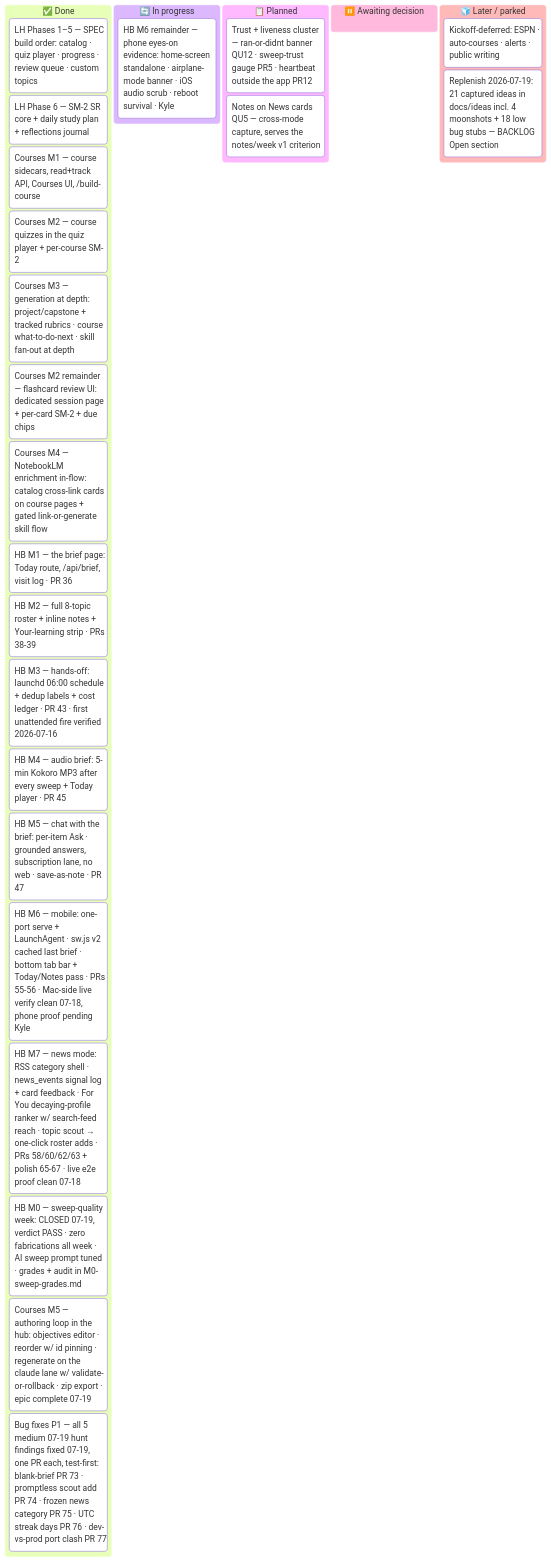
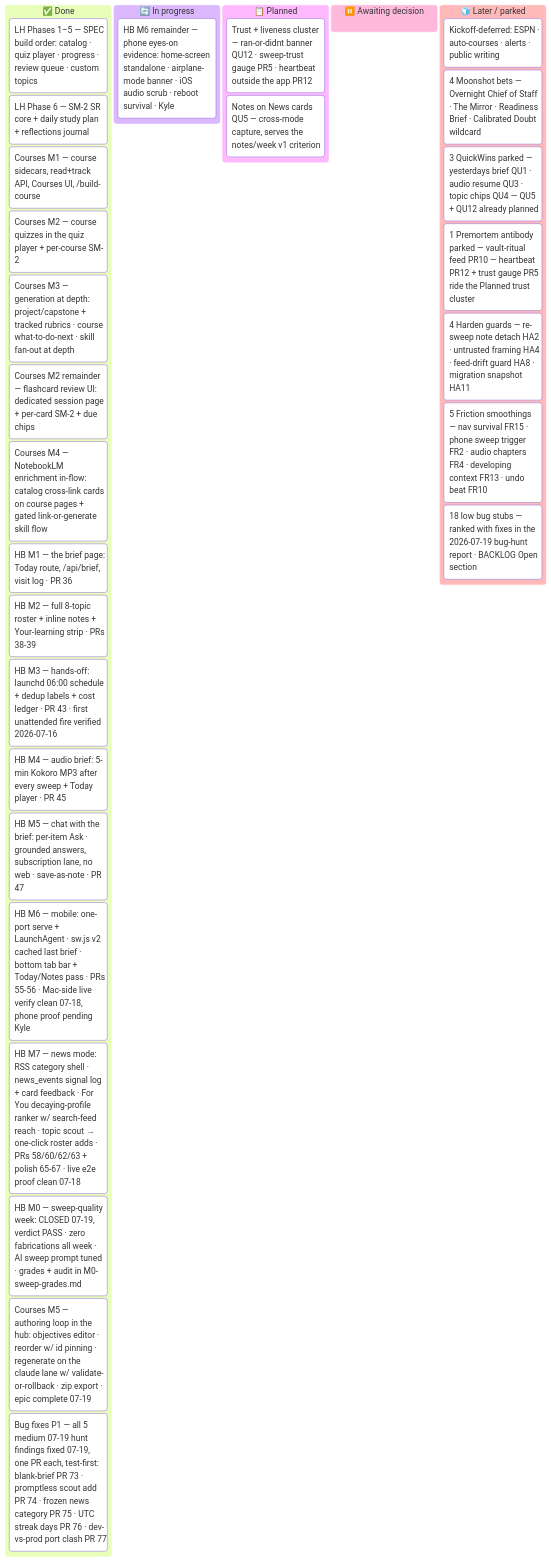
Before and after one commit to ksdisch/home-base: the diagram in docs/MASTER_PLAN.md, drawn with Mermaid. The commit also changed other lines of this file, not shown here.

Commit message:
docs(master-plan): expand Later column into per-lane replenish rollup cards
Board polish only — one combined rollup card becomes six per-lane cards
(Moonshot/QuickWin/Premortem/Harden/Friction/bug-lows) so the kanban shows
the replenished pipeline depth. BACKLOG.md ## Open stays the item record.

Claude-Session: https://claude.ai/code/session_01MpbaZYG41Tsf1YHMp7xBXc

````diff
--- a/docs/MASTER_PLAN.md
+++ b/docs/MASTER_PLAN.md
@@ -42,30 +42,35 @@
 ```mermaid
 kanban
   done["✅ Done"]
     lh15["LH Phases 1–5 — SPEC build order: catalog · quiz player · progress · review queue · custom topics"]
     lh6["LH Phase 6 — SM-2 SR core + daily study plan + reflections journal"]
     lh7["Courses M1 — course sidecars, read+track API, Courses UI, /build-course"]
     lh7m2["Courses M2 — course quizzes in the quiz player + per-course SM-2"]
     lh7m3["Courses M3 — generation at depth: project/capstone + tracked rubrics · course what-to-do-next · skill fan-out at depth"]
     lh7fc["Courses M2 remainder — flashcard review UI: dedicated session page + per-card SM-2 + due chips"]
     lh7m4["Courses M4 — NotebookLM enrichment in-flow: catalog cross-link cards on course pages + gated link-or-generate skill flow"]
     hbm1["HB M1 — the brief page: Today route, /api/brief, visit log · PR 36"]
     hbm2["HB M2 — full 8-topic roster + inline notes + Your-learning strip · PRs 38-39"]
     hbm3["HB M3 — hands-off: launchd 06:00 schedule + dedup labels + cost ledger · PR 43 · first unattended fire verified 2026-07-16"]
     hbm4["HB M4 — audio brief: 5-min Kokoro MP3 after every sweep + Today player · PR 45"]
     hbm5["HB M5 — chat with the brief: per-item Ask · grounded answers, subscription lane, no web · save-as-note · PR 47"]
     hbm6["HB M6 — mobile: one-port serve + LaunchAgent · sw.js v2 cached last brief · bottom tab bar + Today/Notes pass · PRs 55-56 · Mac-side live verify clean 07-18, phone proof pending Kyle"]
     hbm7["HB M7 — news mode: RSS category shell · news_events signal log + card feedback · For You decaying-profile ranker w/ search-feed reach · topic scout → one-click roster adds · PRs 58/60/62/63 + polish 65-67 · live e2e proof clean 07-18"]
     hbm0["HB M0 — sweep-quality week: CLOSED 07-19, verdict PASS · zero fabrications all week · AI sweep prompt tuned · grades + audit in M0-sweep-grades.md"]
     cm5["Courses M5 — authoring loop in the hub: objectives editor · reorder w/ id pinning · regenerate on the claude lane w/ validate-or-rollback · zip export · epic complete 07-19"]
     bugp1["Bug fixes P1 — all 5 medium 07-19 hunt findings fixed 07-19, one PR each, test-first: blank-brief PR 73 · promptless scout add PR 74 · frozen news category PR 75 · UTC streak days PR 76 · dev-vs-prod port clash PR 77"]
   doing["🔄 In progress"]
     hbm6proof["HB M6 remainder — phone eyes-on evidence: home-screen standalone · airplane-mode banner · iOS audio scrub · reboot survival · Kyle"]
   next["📋 Planned"]
     trust["Trust + liveness cluster — ran-or-didnt banner QU12 · sweep-trust gauge PR5 · heartbeat outside the app PR12"]
     qnotes["Notes on News cards QU5 — cross-mode capture, serves the notes/week v1 criterion"]
   decide["⏸️ Awaiting decision"]
   later["🧊 Later / parked"]
     defer["Kickoff-deferred: ESPN · auto-courses · alerts · public writing"]
-    replen["Replenish 2026-07-19: 21 captured ideas in docs/ideas incl. 4 moonshots + 18 low bug stubs — BACKLOG Open section"]
+    moonshots["4 Moonshot bets — Overnight Chief of Staff · The Mirror · Readiness Brief · Calibrated Doubt wildcard"]
+    quickwins["3 QuickWins parked — yesterdays brief QU1 · audio resume QU3 · topic chips QU4 — QU5 + QU12 already planned"]
+    premortems["1 Premortem antibody parked — vault-ritual feed PR10 — heartbeat PR12 + trust gauge PR5 ride the Planned trust cluster"]
+    hardens["4 Harden guards — re-sweep note detach HA2 · untrusted framing HA4 · feed-drift guard HA8 · migration snapshot HA11"]
+    frictions["5 Friction smoothings — nav survival FR15 · phone sweep trigger FR2 · audio chapters FR4 · developing context FR13 · undo beat FR10"]
+    buglows["18 low bug stubs — ranked with fixes in the 2026-07-19 bug-hunt report · BACKLOG Open section"]
 ```
````
